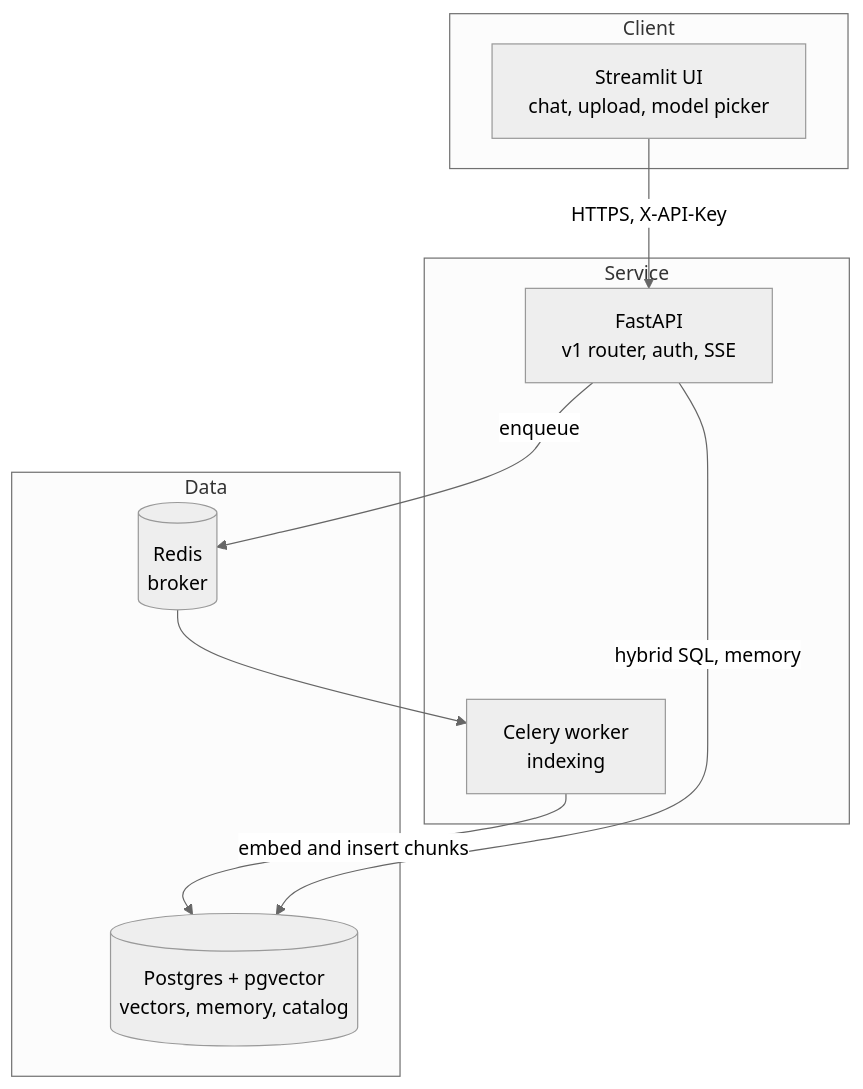
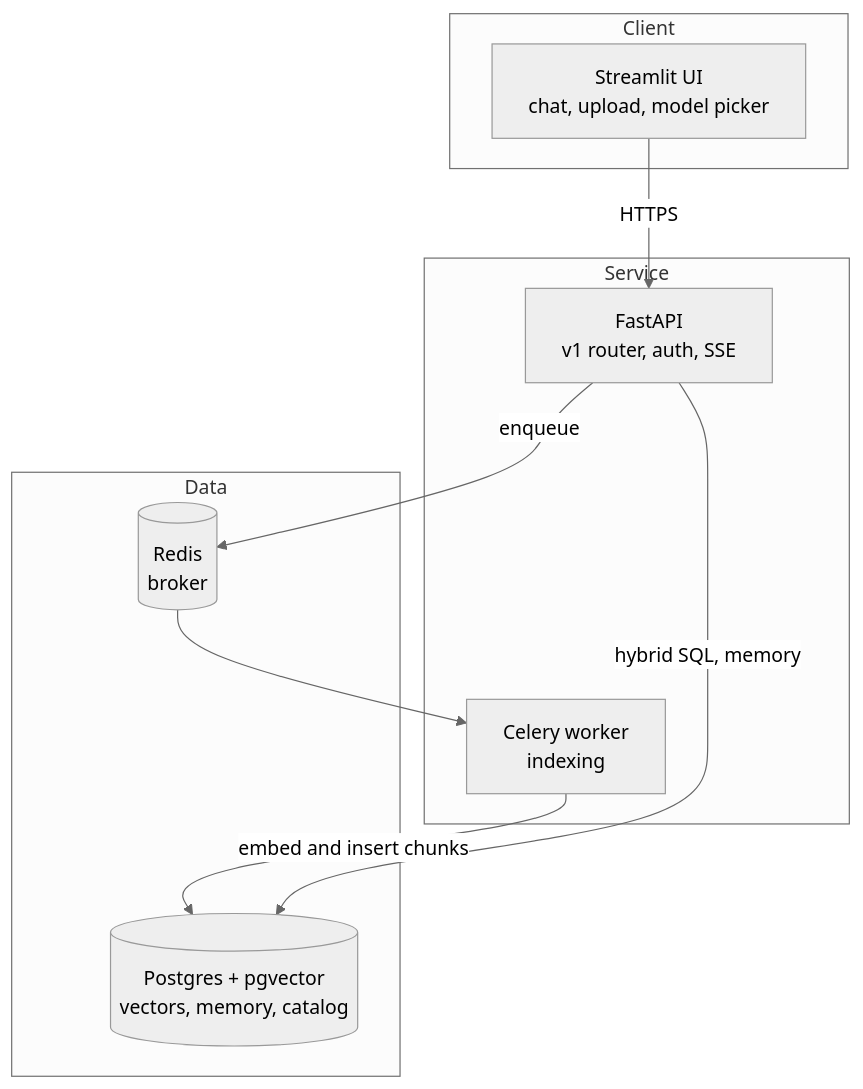
One commit to mlvpatel/RagFlowPro changed the second of 7 diagrams in README.md. Above: the diagram before and after it, drawn with Mermaid (neutral theme). The commit also changed other lines of this file and 16 other files, not shown here.

Commit message:
Remove API key; harden; re-record demo transcript

````diff
--- a/README.md
+++ b/README.md
@@ -64,19 +64,19 @@
 ```mermaid
 graph TB
     subgraph client[Client]
         ui[Streamlit UI<br/>chat, upload, model picker]
     end
     subgraph svc[Service]
         api[FastAPI<br/>v1 router, auth, SSE]
         worker[Celery worker<br/>indexing]
     end
     subgraph data[Data]
         pg[(Postgres + pgvector<br/>vectors, memory, catalog)]
         redis[(Redis<br/>broker)]
     end
-    ui -->|HTTPS, X-API-Key| api
+    ui -->|HTTPS| api
     api -->|enqueue| redis
     redis --> worker
     api -->|hybrid SQL, memory| pg
     worker -->|embed and insert chunks| pg
 ```
````
